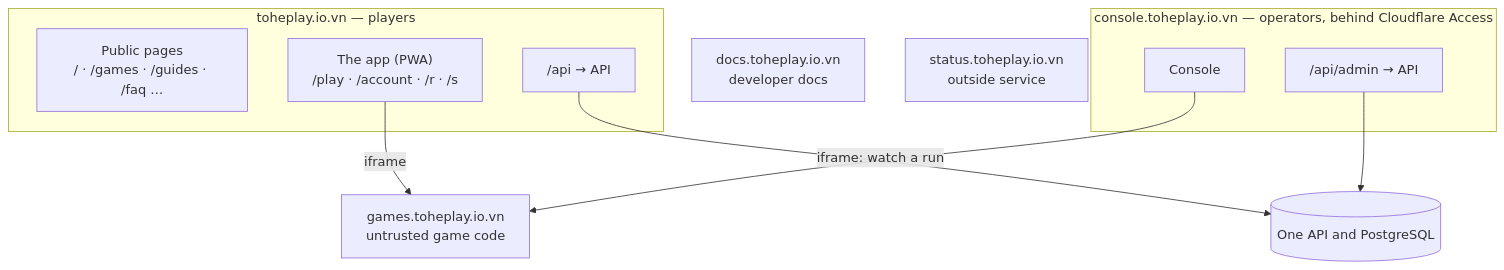
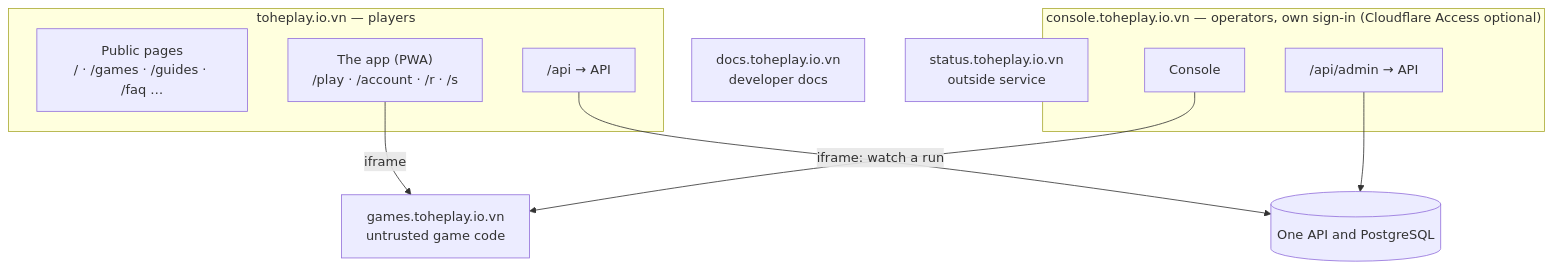
One commit to vinh466/tohe-play changed the first of 2 diagrams in docs/architecture/hosts-and-paths.md. Above: the diagram before and after it, drawn with Mermaid. The commit also changed other lines of this file and 5 other files, not shown here.

First line of the commit message:
plan(product-surface): on production; Cloudflare Access optional for now

````diff
--- a/docs/architecture/hosts-and-paths.md
+++ b/docs/architecture/hosts-and-paths.md
@@ -18,19 +18,19 @@
 ```mermaid
 flowchart TB
   subgraph players ["toheplay.io.vn — players"]
     web["Public pages<br/>/ · /games · /guides · /faq …"]
     app["The app (PWA)<br/>/play · /account · /r · /s"]
     papi["/api → API"]
   end
-  subgraph ops ["console.toheplay.io.vn — operators, behind Cloudflare Access"]
+  subgraph ops ["console.toheplay.io.vn — operators, own sign-in (Cloudflare Access optional)"]
     console["Console"]
     capi["/api/admin → API"]
   end
   games["games.toheplay.io.vn<br/>untrusted game code"]
   docs["docs.toheplay.io.vn<br/>developer docs"]
   status["status.toheplay.io.vn<br/>outside service"]
   app -- iframe --> games
   console -- "iframe: watch a run" --> games
   papi --> api[(One API and PostgreSQL)]
   capi --> api
 ```
````
